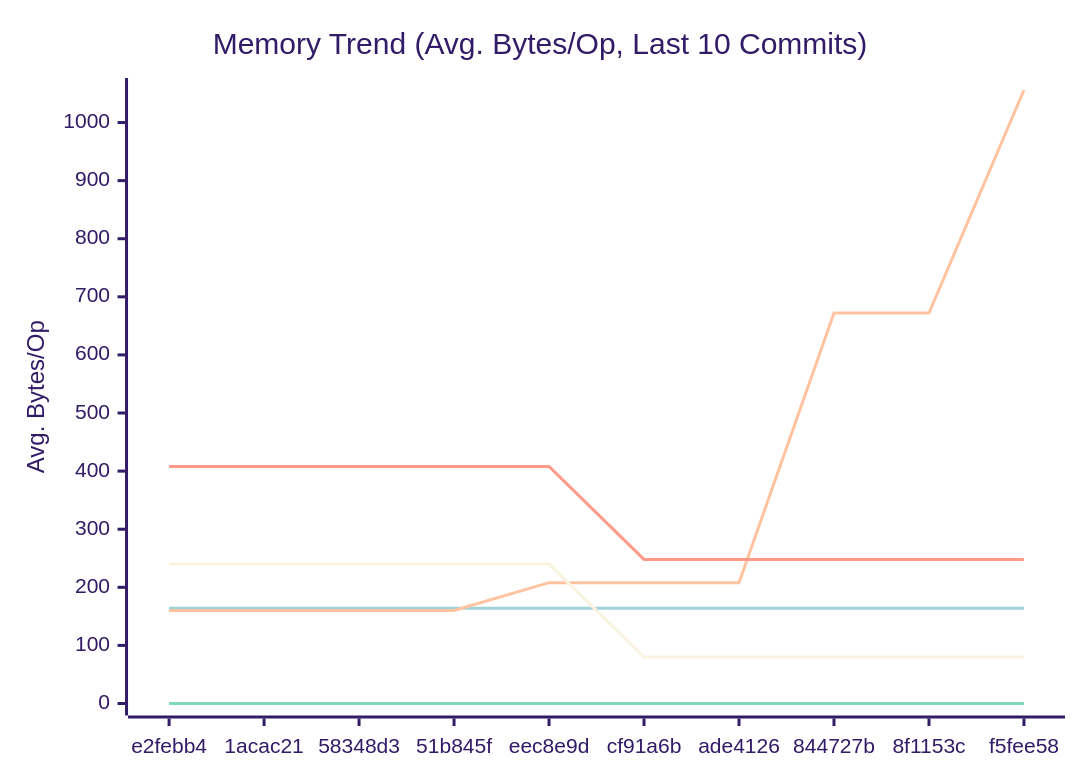
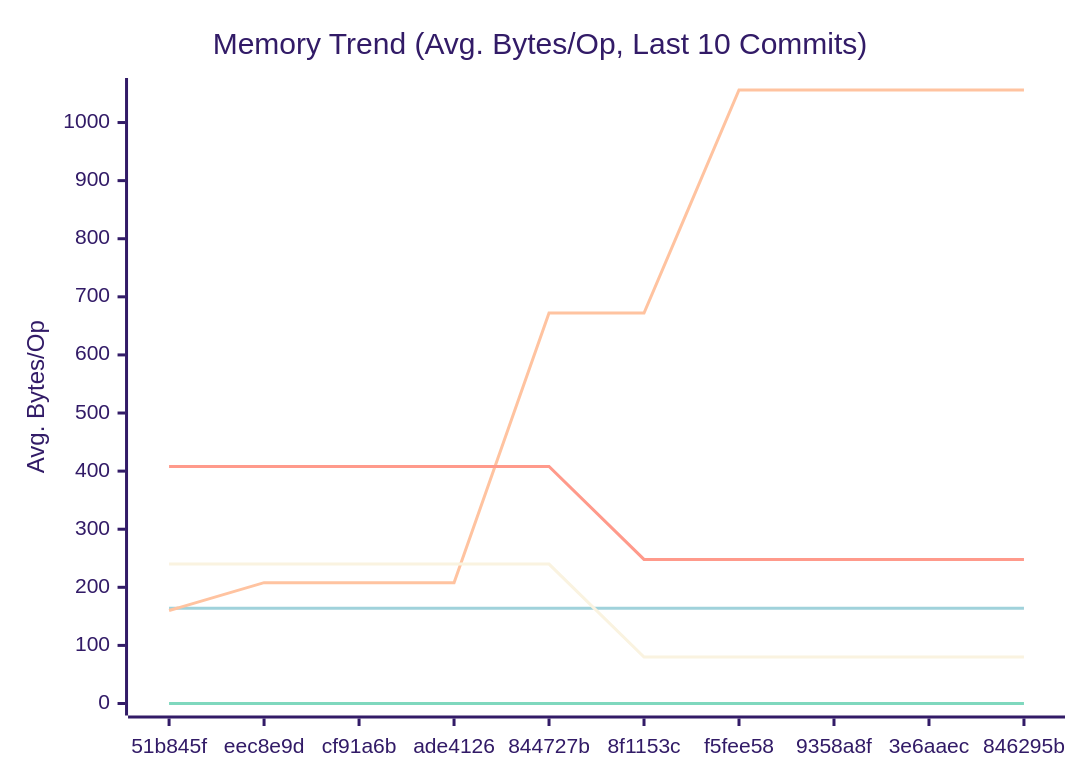
One commit to alsotoes/momo changed the second of 3 diagrams in docs/PERFORMANCE.md. Above: the diagram before and after it, drawn with Mermaid (forest theme). The commit also changed other lines of this file and 16 other files, not shown here.

````diff
--- a/docs/PERFORMANCE.md
+++ b/docs/PERFORMANCE.md
@@ -99,16 +97,16 @@
 ```mermaid
 xychart-beta
     title "Memory Trend (Avg. Bytes/Op, Last 10 Commits)"
     x-axis "Commit"
     y-axis "Avg. Bytes/Op"
-    x-axis [e2febb4,1acac21,58348d3,51b845f,eec8e9d,cf91a6b,ade4126,844727b,8f1153c,f5fee58]
+    x-axis [51b845f,eec8e9d,cf91a6b,ade4126,844727b,8f1153c,f5fee58,9358a8f,3e6aaec,846295b]
     line "CheckMetricsAndSwap" [0,0,0,0,0,0,0,0,0,0]
     line "CrushOptimized" [0,0,0,0,0,0,0,0,0,0]
     line "CrushOriginal" [164,164,164,164,164,164,164,164,164,164]
     line "IndexDirectTracking" [0,0,0,0,0,0,0,0,0,0]
     line "IndexSearch" [0,0,0,0,0,0,0,0,0,0]
-    line "LoadGlobalConfig" [160,160,160,160,208,208,208,672,672,1056]
+    line "LoadGlobalConfig" [160,208,208,208,672,672,1056,1056,1056,1056]
     line "PadString" [0,0,0,0,0,0,0,0,0,0]
     line "ParseReplicationOrder_NoPrealloc" [408,408,408,408,408,248,248,248,248,248]
     line "ParseReplicationOrder_Prealloc" [240,240,240,240,240,80,80,80,80,80]
 ```
````
